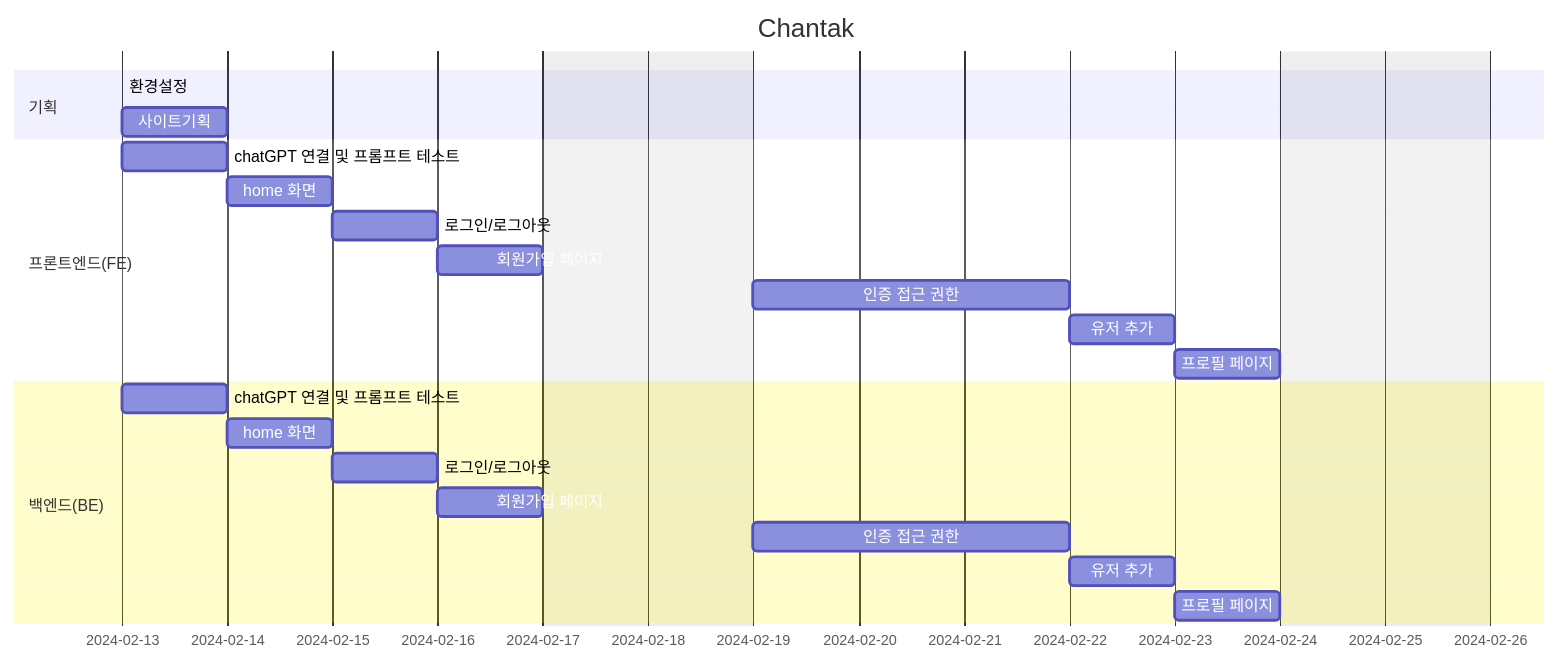
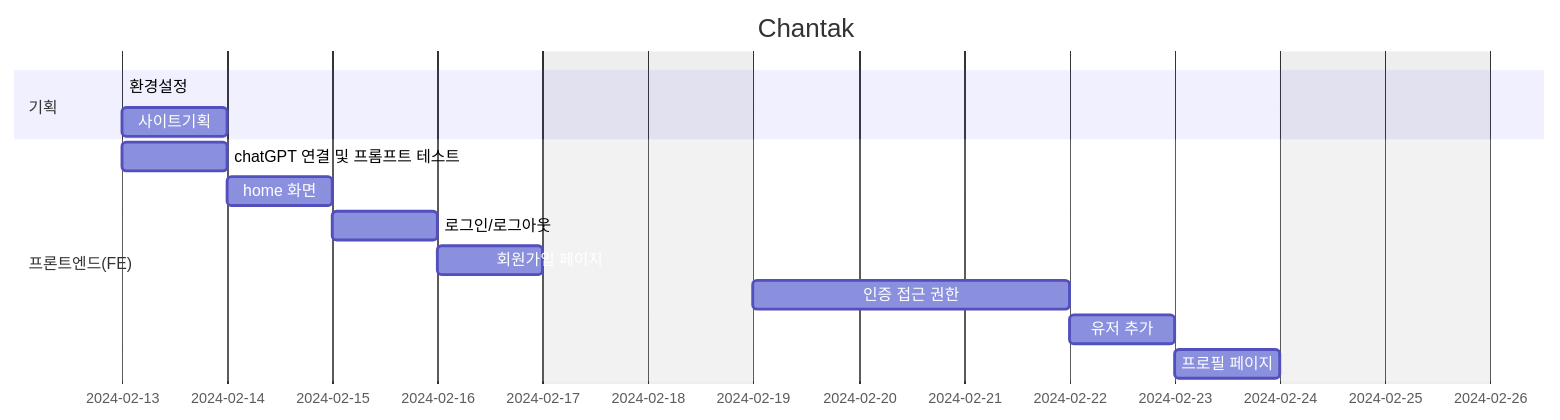
One commit to northeast23/Chantak changed the second of 2 diagrams in README.md. Above: the diagram before and after it, drawn with Mermaid. The commit also changed other lines of this file, not shown here.

````diff
--- a/README.md
+++ b/README.md
@@ -74,28 +75,19 @@
 ```mermaid
 gantt
     title Chantak
     dateFormat  YY-MM-DD
     excludes weekends
 
     section 기획 
     환경설정   :a1, 24-02-13, 0.2d
     사이트기획 :a2, 24-02-13, 1d
 
     section 프론트엔드(FE)
     chatGPT 연결 및 프롬프트 테스트 : 24-02-13, 1d
     home 화면 : 24-02-14, 1d
     로그인/로그아웃 : 24-02-15, 1d
     회원가입 페이지 : 24-02-16, 1d
     인증 접근 권한 : 24-02-19, 3d
     유저 추가 : 24-02-22, 1d
-    프로필 페이지 : 24-02-23, 1d    
-    
-    section 백엔드(BE)
-    chatGPT 연결 및 프롬프트 테스트 : 24-02-13, 1d
-    home 화면 : 24-02-14, 1d
-    로그인/로그아웃 : 24-02-15, 1d
-    회원가입 페이지 : 24-02-16, 1d
-    인증 접근 권한 : 24-02-19, 3d
-    유저 추가 : 24-02-22, 1d
-    프로필 페이지 : 24-02-23, 1d    
+    프로필 페이지 : 24-02-23, 1d       
 ```
````
